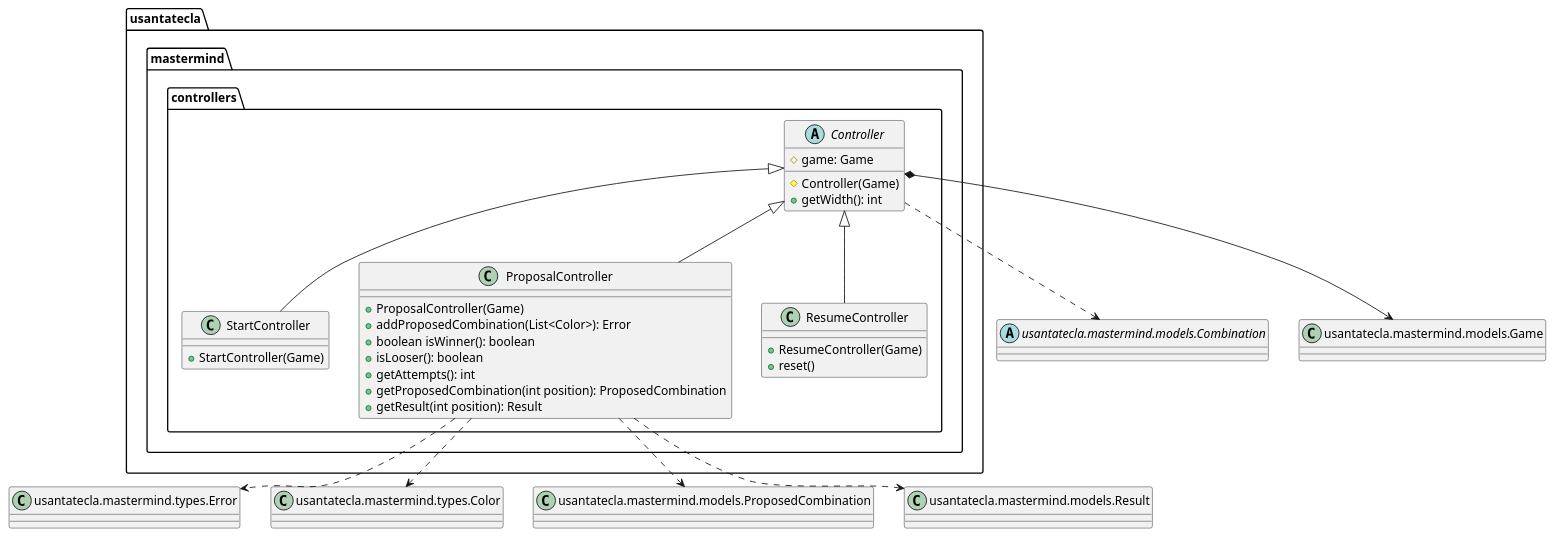
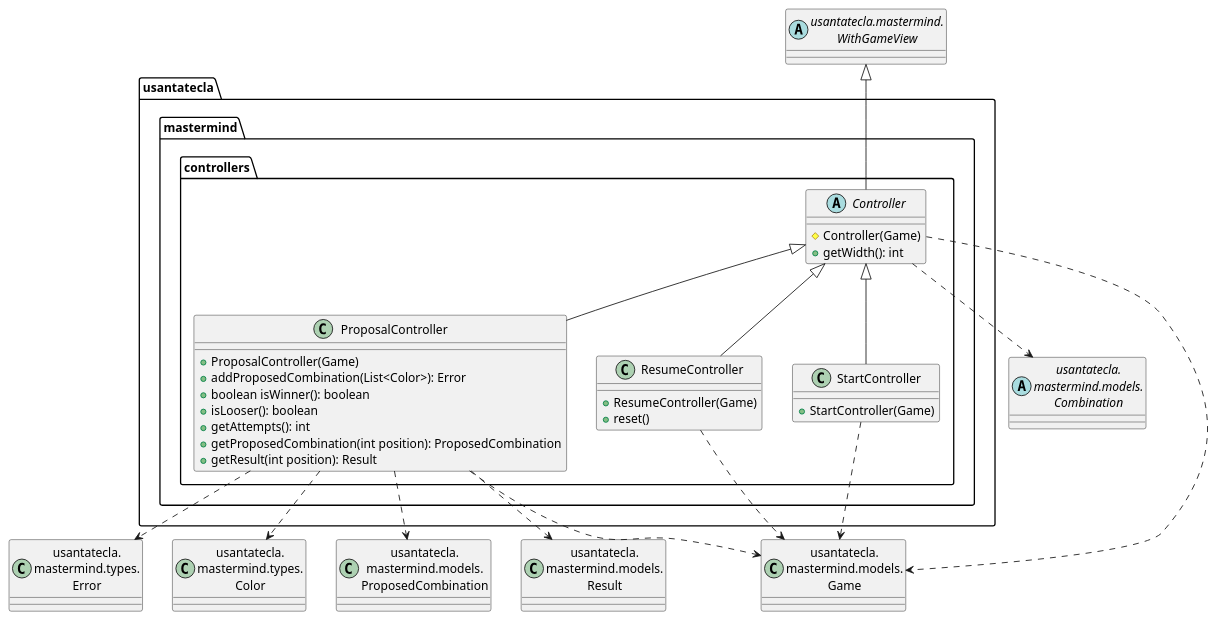
One commit to SantaTecla-mastermind/solution.java.swing.socket.sql changed the fourth of 7 diagrams in modelViewPresenter/presentationModel/basic/docs/diagrams/src/paquetes.plantuml. Above: the diagram before and after it, drawn with PlantUML. The commit also changed other lines of this file and 55 other files, not shown here.

Commit message:
[mvp.pm.basic] Added WithGameView + changed documentation + refactor

```diff
--- a/modelViewPresenter/presentationModel/basic/docs/diagrams/src/paquetes.plantuml
+++ b/modelViewPresenter/presentationModel/basic/docs/diagrams/src/paquetes.plantuml
@@ -218,47 +226,47 @@
 @startuml usantatecla.mastermind.controllers
 
-abstract class Combination as "usantatecla.mastermind.models.Combination"
-class Game as "usantatecla.mastermind.models.Game"
-class Error as "usantatecla.mastermind.types.Error"
-class Color as "usantatecla.mastermind.types.Color"
-class ProposedCombination as "usantatecla.mastermind.models.ProposedCombination"
-class Result as "usantatecla.mastermind.models.Result"
+abstract class WithGameView as "usantatecla.mastermind.\nWithGameView"
+abstract class Combination as "usantatecla.\nmastermind.models.\nCombination"
+class Game as "usantatecla.\nmastermind.models.\nGame"
+class Error as "usantatecla.\nmastermind.types.\nError"
+class Color as "usantatecla.\nmastermind.types.\nColor"
+class ProposedCombination as "usantatecla.\nmastermind.models.\nProposedCombination"
+class Result as "usantatecla.\nmastermind.models.\nResult"
 
 abstract class usantatecla.mastermind.controllers.Controller {
-	#game: Game
-
-	#Controller(Game)
-	+getWidth(): int
+    # Controller(Game)
+    + getWidth(): int
 }
-usantatecla.mastermind.controllers.Controller *-down-> Game
+usantatecla.mastermind.controllers.Controller -up-|> WithGameView
+usantatecla.mastermind.controllers.Controller .down.> Game
 usantatecla.mastermind.controllers.Controller .down.> Combination
 
 class usantatecla.mastermind.controllers.StartController {
-	+StartController(Game)
+    + StartController(Game)
 }
 usantatecla.mastermind.controllers.Controller <|-down- usantatecla.mastermind.controllers.StartController
+usantatecla.mastermind.controllers.StartController .down.> Game
 
 class usantatecla.mastermind.controllers.ProposalController {
-
-    +ProposalController(Game)
-    +addProposedCombination(List<Color>): Error
-    +boolean isWinner(): boolean
-    +isLooser(): boolean
-    +getAttempts(): int
-    +getProposedCombination(int position): ProposedCombination
-    +getResult(int position): Result
-
+    + ProposalController(Game)
+    + addProposedCombination(List<Color>): Error
+    + boolean isWinner(): boolean
+    + isLooser(): boolean
+    + getAttempts(): int
+    + getProposedCombination(int position): ProposedCombination
+    + getResult(int position): Result
 }
 usantatecla.mastermind.controllers.Controller <|-down- usantatecla.mastermind.controllers.ProposalController
 usantatecla.mastermind.controllers.ProposalController .down.> Error
 usantatecla.mastermind.controllers.ProposalController .down.> ProposedCombination
 usantatecla.mastermind.controllers.ProposalController .down.> Result
 usantatecla.mastermind.controllers.ProposalController .down.> Color
+usantatecla.mastermind.controllers.ProposalController .down.> Game
 
 class usantatecla.mastermind.controllers.ResumeController {
-	+ResumeController(Game)
-	+reset()
+    + ResumeController(Game)
+    + reset()
 }
 usantatecla.mastermind.controllers.Controller <|-down- usantatecla.mastermind.controllers.ResumeController
-
+usantatecla.mastermind.controllers.ResumeController .down.> Game
 @enduml
```
